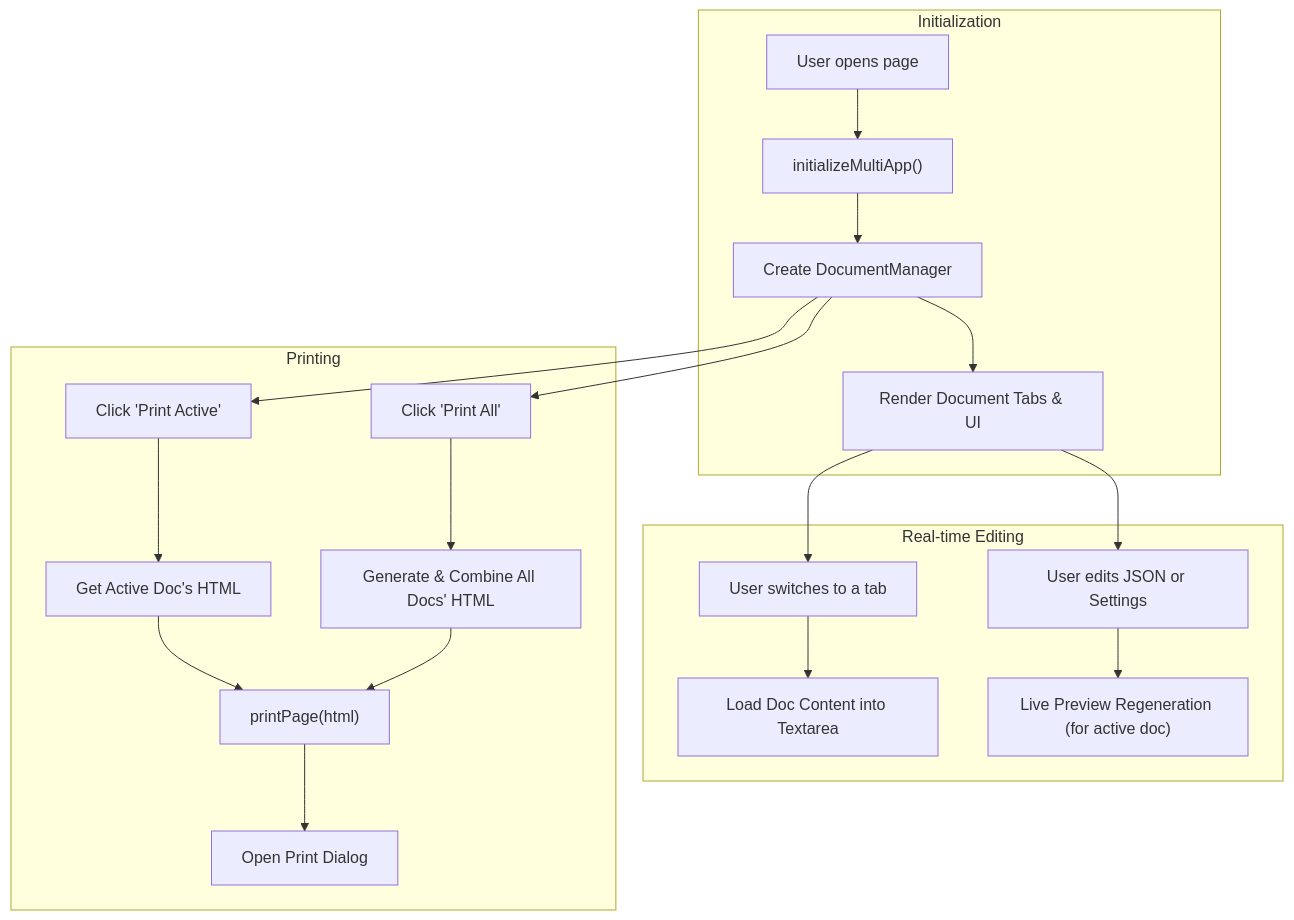
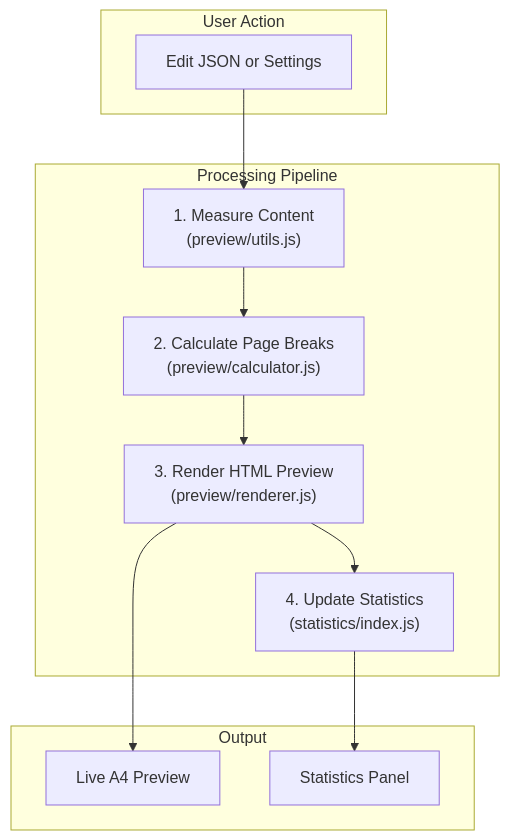
One commit to pointcarre-app/papyrus changed the tenth of 10 diagrams in docs/technical-summary.md. Above: the diagram before and after it, drawn with Mermaid. The commit also changed other lines of this file and 29 other files, not shown here.

````diff
--- a/docs/technical-summary.md
+++ b/docs/technical-summary.md
@@ -49,26 +471,25 @@
 ```mermaid
 graph TD
-    subgraph "Initialization"
-        A["User opens page"] --> B["initializeMultiApp()"];
-        B --> C["Create DocumentManager"];
-        C --> D["Render Document Tabs & UI"];
+    subgraph "User Action"
+        A["Edit JSON or Settings"]
     end
 
-    subgraph "Real-time Editing"
-        E["User switches to a tab"] --> F["Load Doc Content into Textarea"];
-        G["User edits JSON or Settings"] --> H["Live Preview Regeneration (for active doc)"];
-        D --> E;
-        D --> G;
+    subgraph "Processing Pipeline"
+        B["1. Measure Content </br> (preview/utils.js)"]
+        C["2. Calculate Page Breaks </br> (preview/calculator.js)"]
+        D["3. Render HTML Preview </br> (preview/renderer.js)"]
+        E["4. Update Statistics </br> (statistics/index.js)"]
     end
 
-    subgraph "Printing"
-        I["Click 'Print Active'"] --> J["Get Active Doc's HTML"];
-        K["Click 'Print All'"] --> L["Generate & Combine All Docs' HTML"];
-        J --> M["printPage(html)"];
-        L --> M;
-        M --> N["Open Print Dialog"];
+    subgraph "Output"
+        F["Live A4 Preview"]
+        G["Statistics Panel"]
     end
 
-    C --> I;
-    C --> K;
+    A --> B
+    B --> C
+    C --> D
+    D --> F
+    D --> E
+    E --> G
 ``` 
````
